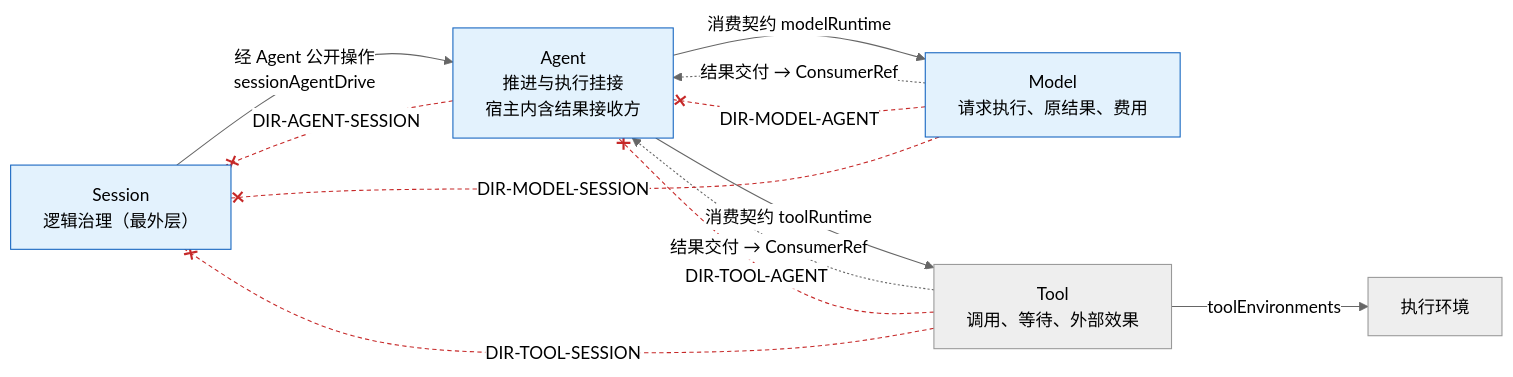
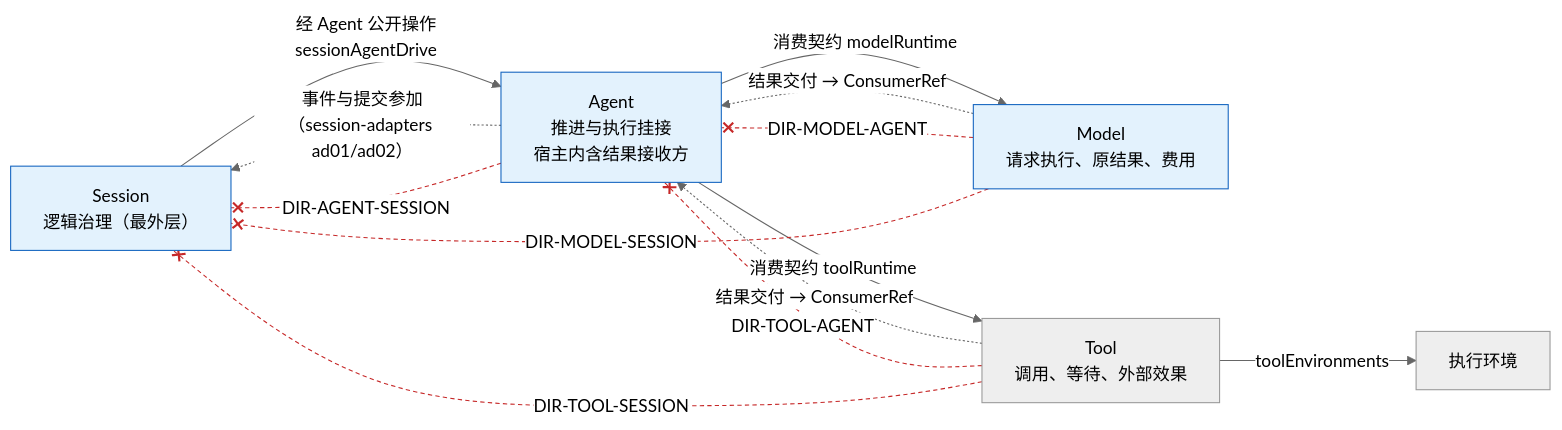
Before and after one commit to nemori-ai/omne-harness-lite: the second of 4 diagrams in docs/orientation.md, drawn with Mermaid (neutral theme). The commit also changed other lines of this file and 1 other file, not shown here.

First line of the commit message:
docs: 开工定向页按冻结头事实修正冲突标注与图（#767 修复轮）

````diff
--- a/docs/orientation.md
+++ b/docs/orientation.md
@@ -103,24 +104,25 @@
 ```mermaid
 flowchart LR
   session["Session<br/>逻辑治理（最外层）"]
   agent["Agent<br/>推进与执行挂接<br/>宿主内含结果接收方"]
   model["Model<br/>请求执行、原结果、费用"]
   tool["Tool<br/>调用、等待、外部效果"]
   env["执行环境"]
 
   session -->|"经 Agent 公开操作<br/>sessionAgentDrive"| agent
   agent -->|"消费契约 modelRuntime"| model
   agent -->|"消费契约 toolRuntime"| tool
   tool -->|"toolEnvironments"| env
   model -.->|"结果交付 → ConsumerRef"| agent
   tool -.->|"结果交付 → ConsumerRef"| agent
+  agent -.->|"事件与提交参加<br/>（session-adapters ad01/ad02）"| session
   agent --x|"DIR-AGENT-SESSION"| session
   model --x|"DIR-MODEL-AGENT"| agent
   tool --x|"DIR-TOOL-AGENT"| agent
   model --x|"DIR-MODEL-SESSION"| session
   tool --x|"DIR-TOOL-SESSION"| session
 
   classDef loaded fill:#e3f2fd,stroke:#1565c0
   class session,agent,model loaded
-  linkStyle 6,7,8,9,10 stroke:#c62828,stroke-dasharray:4 3
+  linkStyle 7,8,9,10,11 stroke:#c62828,stroke-dasharray:4 3
 ```
````
